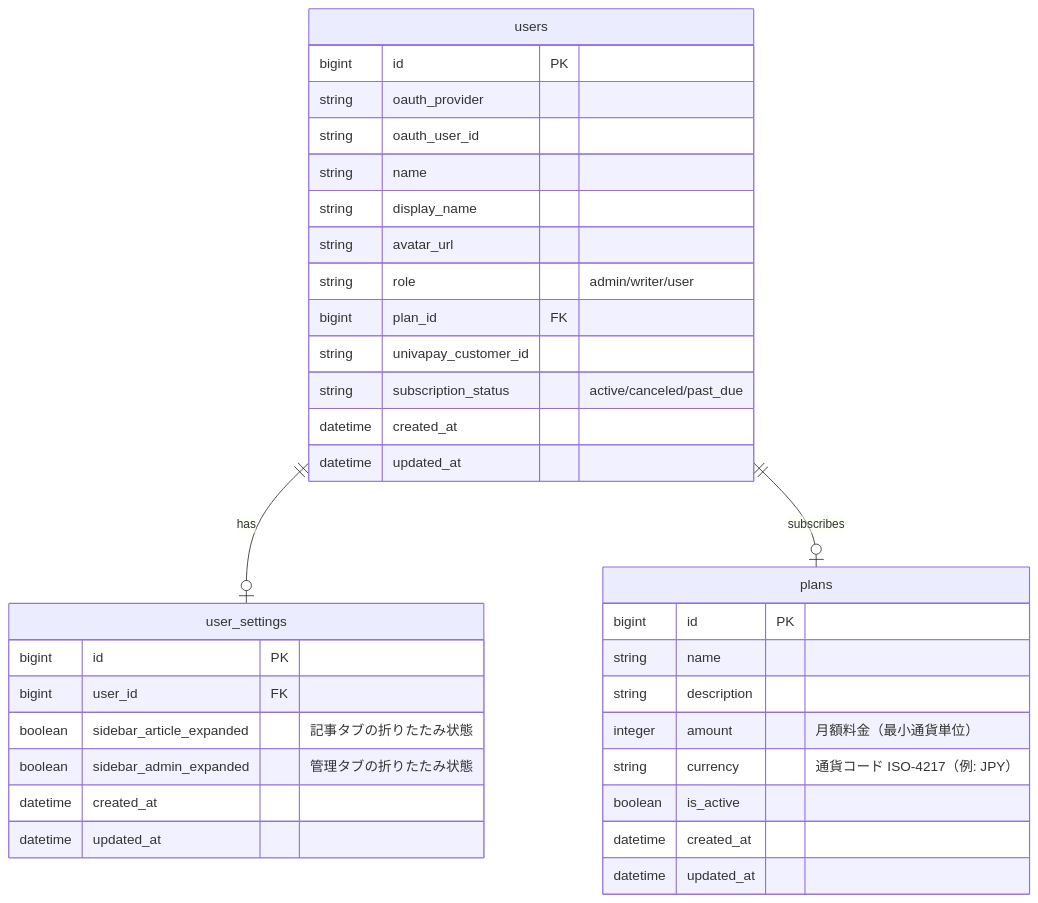
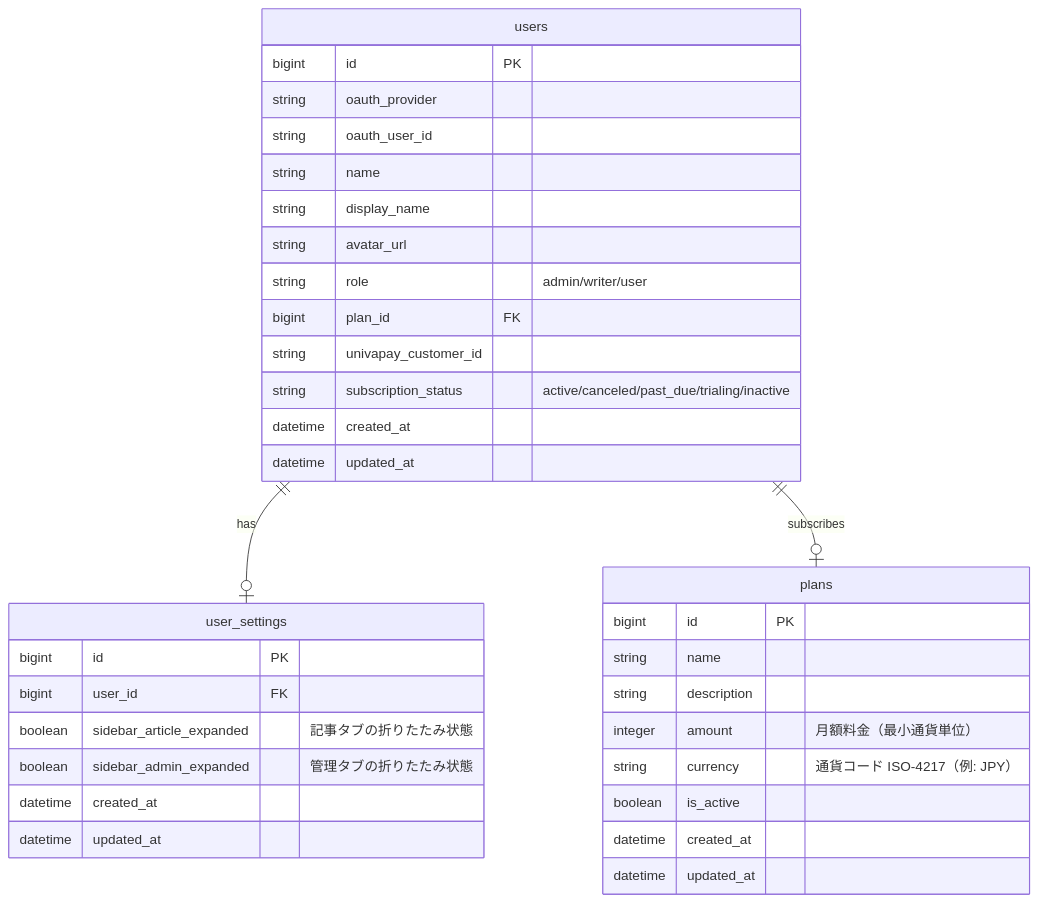
One commit to RRRRRRR-777/SikouLab changed the first of 3 diagrams in docs/functions/auth/login.md. Above: the diagram before and after it, drawn with Mermaid. The commit also changed 7 other files, not shown here.

````diff
--- a/docs/functions/auth/login.md
+++ b/docs/functions/auth/login.md
@@ -81,41 +81,41 @@
 ```mermaid
 erDiagram
     %% 正: docs/versions/1_0_0/data-model.md
     users ||--o| user_settings : "has"
     users ||--o| plans : "subscribes"
 
     users {
         bigint id PK
         string oauth_provider
         string oauth_user_id
         string name
         string display_name
         string avatar_url
         string role "admin/writer/user"
         bigint plan_id FK
         string univapay_customer_id
-        string subscription_status "active/canceled/past_due"
+        string subscription_status "active/canceled/past_due/trialing/inactive"
         datetime created_at
         datetime updated_at
     }
 
     user_settings {
         bigint id PK
         bigint user_id FK
         boolean sidebar_article_expanded "記事タブの折りたたみ状態"
         boolean sidebar_admin_expanded "管理タブの折りたたみ状態"
         datetime created_at
         datetime updated_at
     }
 
     plans {
         bigint id PK
         string name
         string description
         integer amount "月額料金（最小通貨単位）"
         string currency "通貨コード ISO-4217（例: JPY）"
         boolean is_active
         datetime created_at
         datetime updated_at
     }
 ```
````
